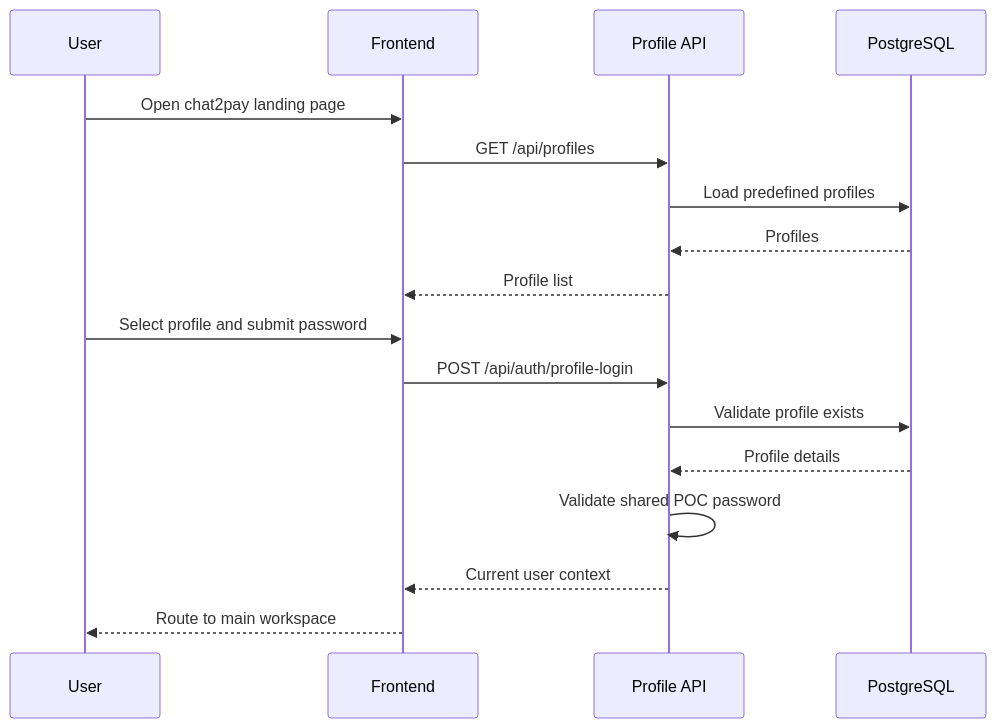
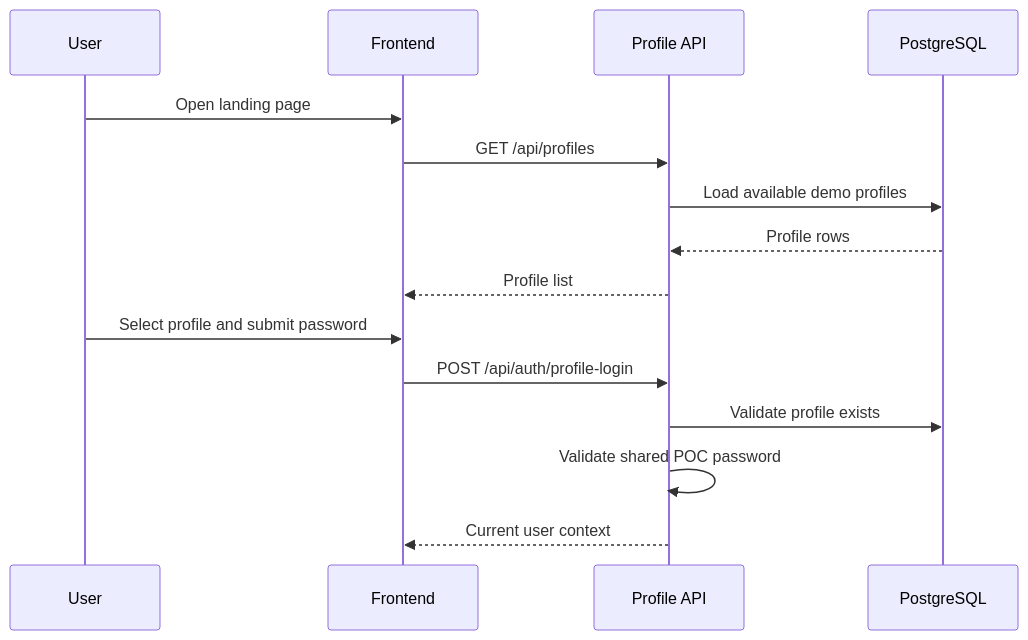
Before and after one commit to VictorZhong/chat2pay: the second of 4 diagrams in docs/01-system_design.md, drawn with Mermaid. The commit also changed other lines of this file and 7 other files, not shown here.

````diff
--- a/docs/01-system_design.md
+++ b/docs/01-system_design.md
@@ -339,22 +371,19 @@
 ```mermaid
 sequenceDiagram
     participant U as User
     participant FE as Frontend
     participant API as Profile API
     participant DB as PostgreSQL
 
-    U->>FE: Open chat2pay landing page
+    U->>FE: Open landing page
     FE->>API: GET /api/profiles
-    API->>DB: Load predefined profiles
-    DB-->>API: Profiles
+    API->>DB: Load available demo profiles
+    DB-->>API: Profile rows
     API-->>FE: Profile list
 
     U->>FE: Select profile and submit password
     FE->>API: POST /api/auth/profile-login
     API->>DB: Validate profile exists
-    DB-->>API: Profile details
     API->>API: Validate shared POC password
     API-->>FE: Current user context
-
-    FE-->>U: Route to main workspace
 ```
````
